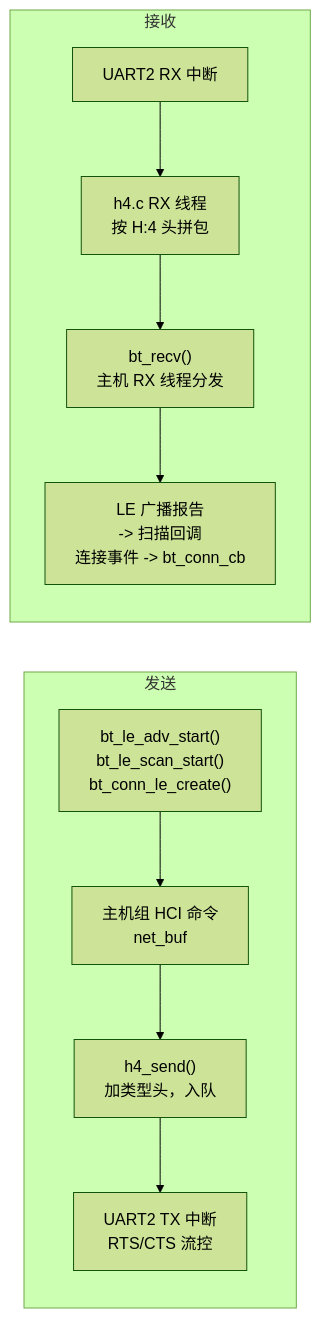
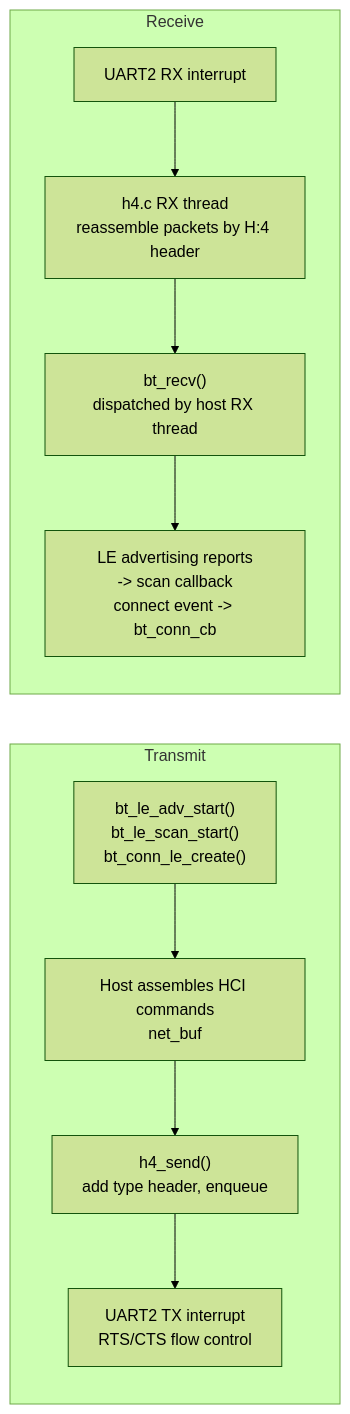
The third of 3 diagrams in docs/src/content/docs/dev/zephyr/components/aic8800-bt.md (YuzukiHD/YuzukiNeko), drawn with Mermaid (forest theme) before and after one commit. The commit also changed other lines of this file and 216 other files, not shown here.

````diff
--- a/docs/src/content/docs/dev/zephyr/components/aic8800-bt.md
+++ b/docs/src/content/docs/dev/zephyr/components/aic8800-bt.md
@@ -66,13 +66,13 @@
 ```mermaid
 flowchart LR
-    subgraph 发送
-        A1["bt_le_adv_start()<br/>bt_le_scan_start()<br/>bt_conn_le_create()"] --> A2["主机组 HCI 命令<br/>net_buf"]
-        A2 --> A3["h4_send()<br/>加类型头，入队"]
-        A3 --> A4["UART2 TX 中断<br/>RTS/CTS 流控"]
+    subgraph Transmit
+        A1["bt_le_adv_start()<br/>bt_le_scan_start()<br/>bt_conn_le_create()"] --> A2["Host assembles HCI commands<br/>net_buf"]
+        A2 --> A3["h4_send()<br/>add type header, enqueue"]
+        A3 --> A4["UART2 TX interrupt<br/>RTS/CTS flow control"]
     end
-    subgraph 接收
-        B4["UART2 RX 中断"] --> B3["h4.c RX 线程<br/>按 H:4 头拼包"]
-        B3 --> B2["bt_recv()<br/>主机 RX 线程分发"]
-        B2 --> B1["LE 广播报告<br/>-> 扫描回调<br/>连接事件 -> bt_conn_cb"]
+    subgraph Receive
+        B4["UART2 RX interrupt"] --> B3["h4.c RX thread<br/>reassemble packets by H:4 header"]
+        B3 --> B2["bt_recv()<br/>dispatched by host RX thread"]
+        B2 --> B1["LE advertising reports<br/>-> scan callback<br/>connect event -> bt_conn_cb"]
     end
 ```
````
